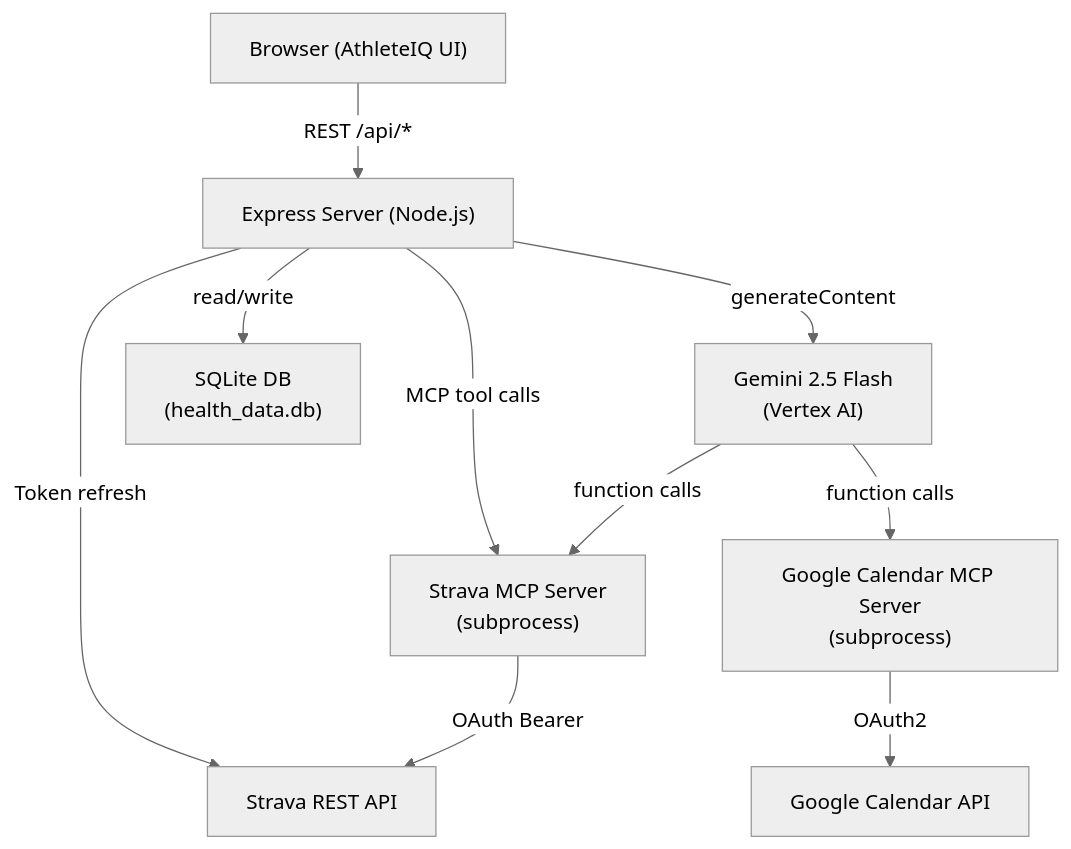
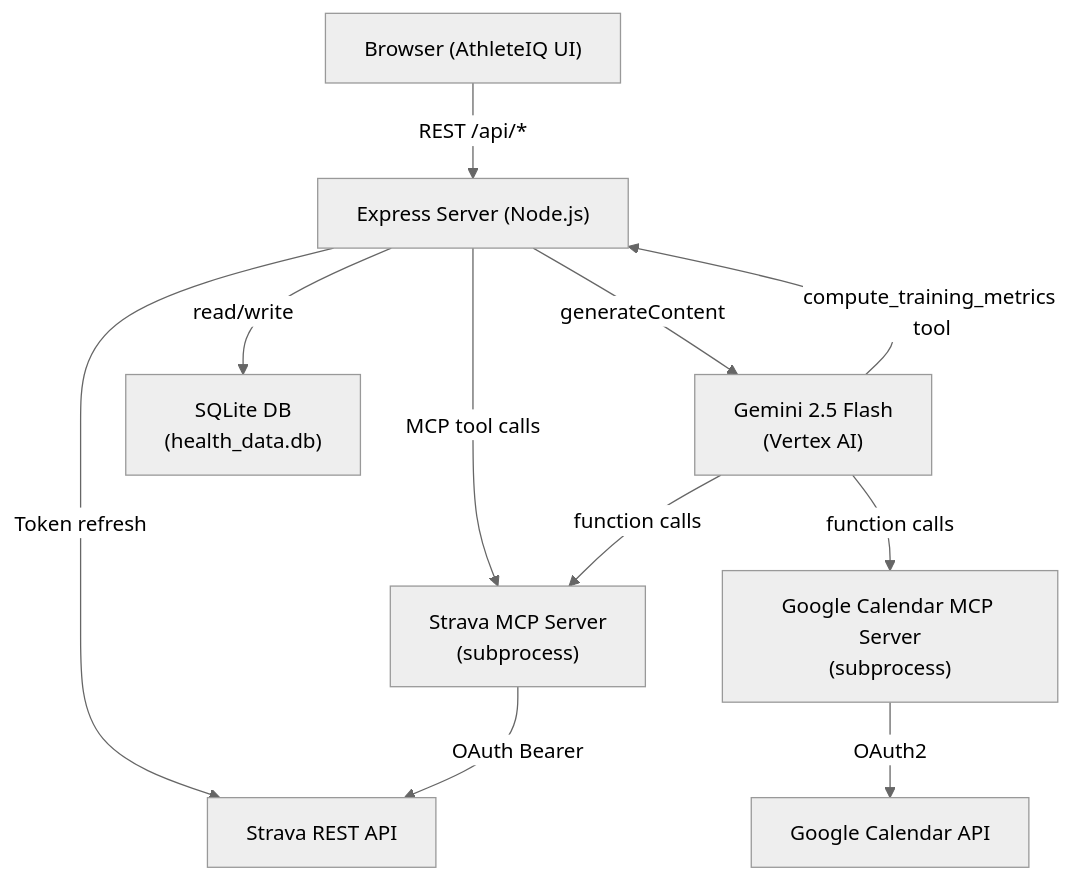
Before and after one commit to bhuvighosh3/HealthAnalyser: the first of 4 diagrams in README.md, drawn with Mermaid (neutral theme). The commit also changed other lines of this file and 5 other files, not shown here.

````diff
--- a/README.md
+++ b/README.md
@@ -19,21 +51,22 @@
 ```mermaid
 graph TD
     Browser["Browser (AthleteIQ UI)"]
     Server["Express Server (Node.js)"]
     StravaAPI["Strava REST API"]
     StravaMCP["Strava MCP Server\n(subprocess)"]
     GeminiAI["Gemini 2.5 Flash\n(Vertex AI)"]
     CalMCP["Google Calendar MCP Server\n(subprocess)"]
     CalAPI["Google Calendar API"]
     SQLite["SQLite DB\n(health_data.db)"]
 
     Browser -->|REST /api/*| Server
     Server -->|Token refresh| StravaAPI
     Server -->|MCP tool calls| StravaMCP
     StravaMCP -->|OAuth Bearer| StravaAPI
     Server -->|generateContent| GeminiAI
+    GeminiAI -->|compute_training_metrics tool| Server
     GeminiAI -->|function calls| StravaMCP
     GeminiAI -->|function calls| CalMCP
     CalMCP -->|OAuth2| CalAPI
     Server -->|read/write| SQLite
 ```
````
